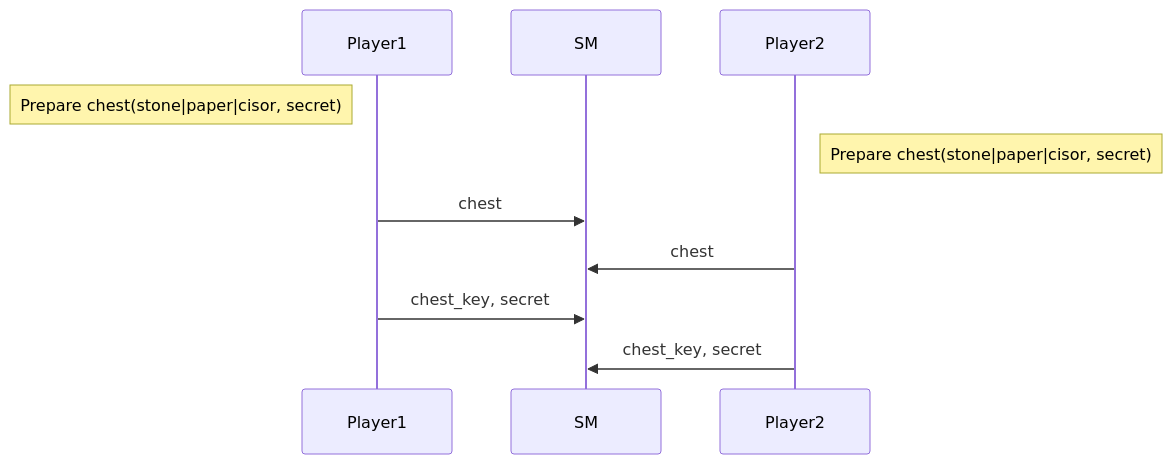
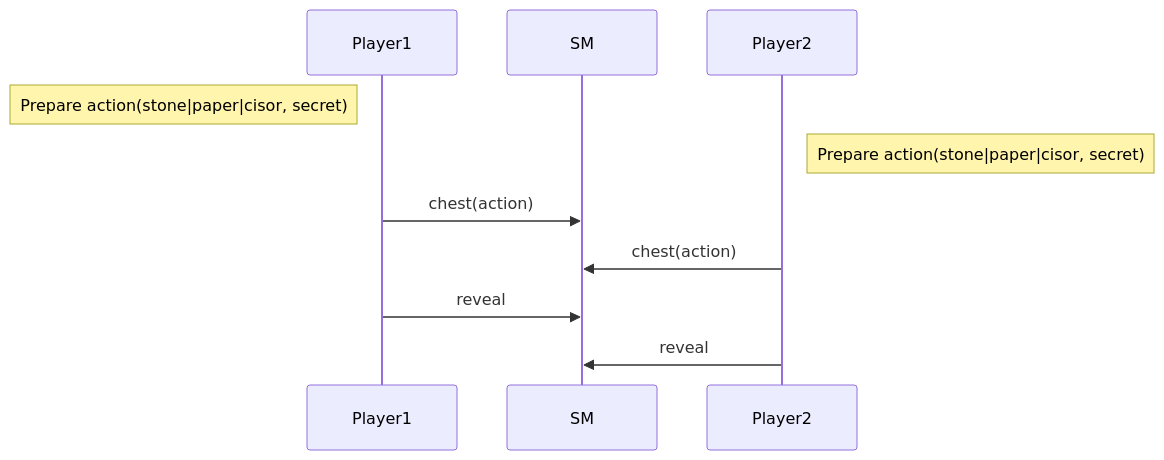
The third of 6 diagrams in README.md (ligolang/jsligo-training-dapp-shifumi), drawn with Mermaid before and after one commit. The commit also changed other lines of this file, not shown here.

````diff
--- a/README.md
+++ b/README.md
@@ -151,12 +151,12 @@
 ```mermaid
 sequenceDiagram
   participant Player1
   participant SM
   participant Player2
-  Note left of Player1: Prepare chest(stone|paper|cisor, secret)
-  Note right of Player2: Prepare chest(stone|paper|cisor, secret)
-  Player1->>SM: chest
-  Player2->>SM: chest
-  Player1->>SM: chest_key, secret
-  Player2->>SM: chest_key, secret
+  Note left of Player1: Prepare action(stone|paper|cisor, secret)
+  Note right of Player2: Prepare action(stone|paper|cisor, secret)
+  Player1->>SM: chest(action)
+  Player2->>SM: chest(action)
+  Player1->>SM: reveal
+  Player2->>SM: reveal
 ```
````
